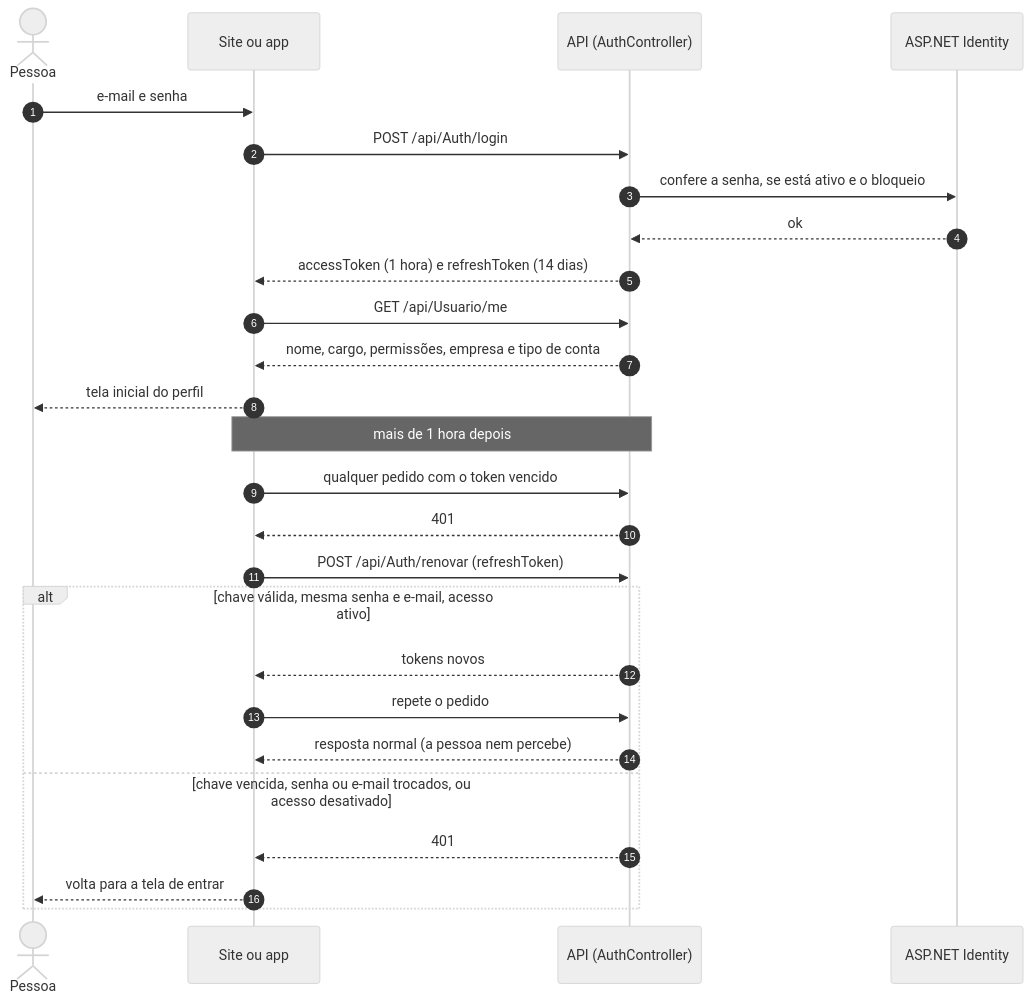
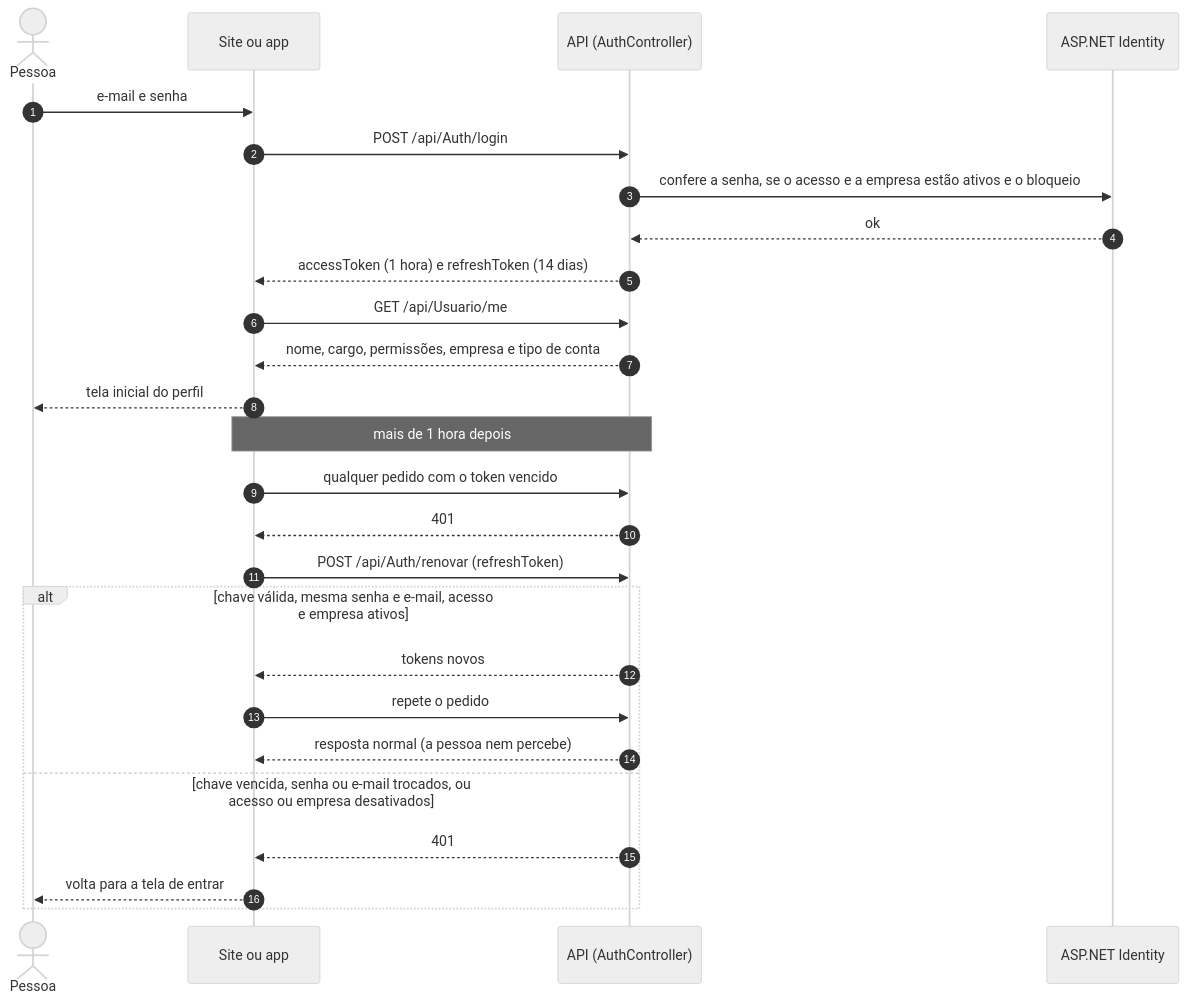
Before and after one commit to LeandroPoletti/CheckTruck: the fifth of 8 diagrams in docs/fluxos.md, drawn with Mermaid (neutral theme). The commit also changed other lines of this file and 38 other files, not shown here.

````diff
--- a/docs/fluxos.md
+++ b/docs/fluxos.md
@@ -132,30 +132,30 @@
 ```mermaid
 sequenceDiagram
     autonumber
     actor P as Pessoa
     participant C as Site ou app
     participant A as API (AuthController)
     participant Id as ASP.NET Identity
 
     P->>C: e-mail e senha
     C->>A: POST /api/Auth/login
-    A->>Id: confere a senha, se está ativo e o bloqueio
+    A->>Id: confere a senha, se o acesso e a empresa estão ativos e o bloqueio
     Id-->>A: ok
     A-->>C: accessToken (1 hora) e refreshToken (14 dias)
     C->>A: GET /api/Usuario/me
     A-->>C: nome, cargo, permissões, empresa e tipo de conta
     C-->>P: tela inicial do perfil
 
     Note over C,A: mais de 1 hora depois
     C->>A: qualquer pedido com o token vencido
     A-->>C: 401
     C->>A: POST /api/Auth/renovar (refreshToken)
-    alt chave válida, mesma senha e e-mail, acesso ativo
+    alt chave válida, mesma senha e e-mail, acesso e empresa ativos
         A-->>C: tokens novos
         C->>A: repete o pedido
         A-->>C: resposta normal (a pessoa nem percebe)
-    else chave vencida, senha ou e-mail trocados, ou acesso desativado
+    else chave vencida, senha ou e-mail trocados, ou acesso ou empresa desativados
         A-->>C: 401
         C-->>P: volta para a tela de entrar
     end
 ```
````
